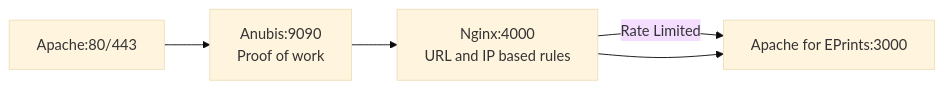
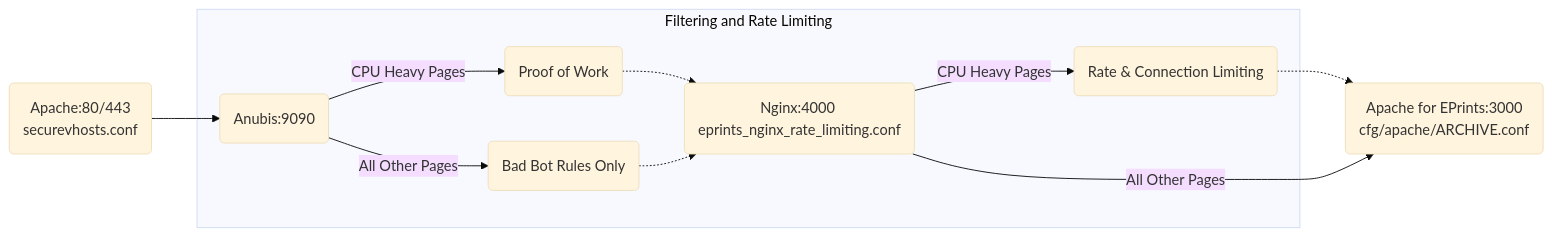
The first of 2 diagrams in README.md (eprints/anubis), drawn with Mermaid (base theme) before and after one commit. The commit also changed other lines of this file, not shown here.

Commit message:
Overhaul of flowcharts to clarify default configurations

````diff
--- a/README.md
+++ b/README.md
@@ -66,7 +66,28 @@
 ```mermaid
-graph LR
-   A[Apache:80/443] --> B[Anubis:9090 \nProof of work]
-   B --> C[Nginx:4000 \nURL and IP based rules]
-   C -- Rate Limited --> D[Apache for EPrints:3000]
-   C  --> D
+flowchart LR
+   
+   TCP(Apache:80/443\nsecurevhosts.conf)
+   EPR(Apache for EPrints:3000\ncfg/apache/ARCHIVE.conf)
+   
+
+   subgraph Filtering and Rate Limiting
+      ANU(Anubis:9090)
+      PROOF(Proof of Work)
+      BAD(Bad Bot Rules Only)
+      RATE(Rate & Connection Limiting)
+      NGX(Nginx:4000 \neprints_nginx_rate_limiting.conf)
+      
+   end
+
+   
+   TCP -->  ANU
+   ANU --> | CPU Heavy Pages | PROOF
+   PROOF -.-> NGX
+   ANU --> | All Other Pages | BAD
+   BAD -.-> NGX
+   NGX --> | CPU Heavy Pages | RATE
+   
+   RATE -.->  EPR
+   NGX --> | All Other Pages | EPR
+   
 ```
````
